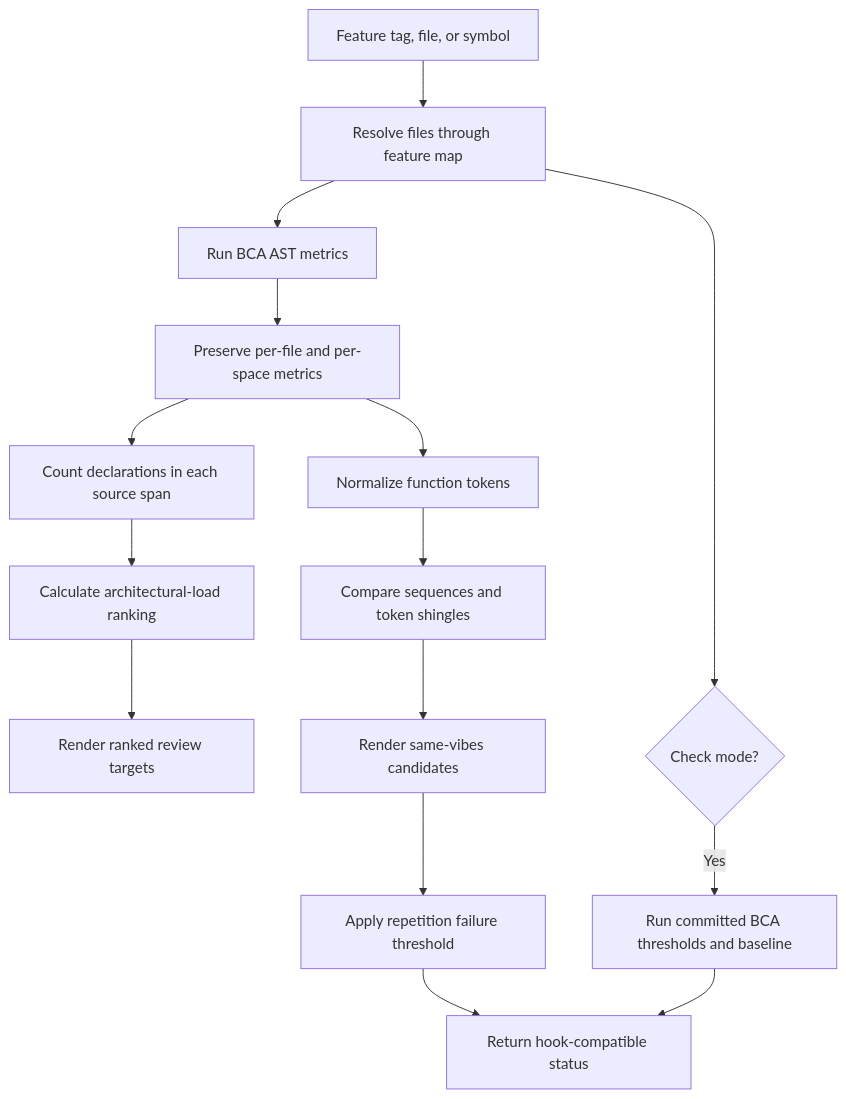
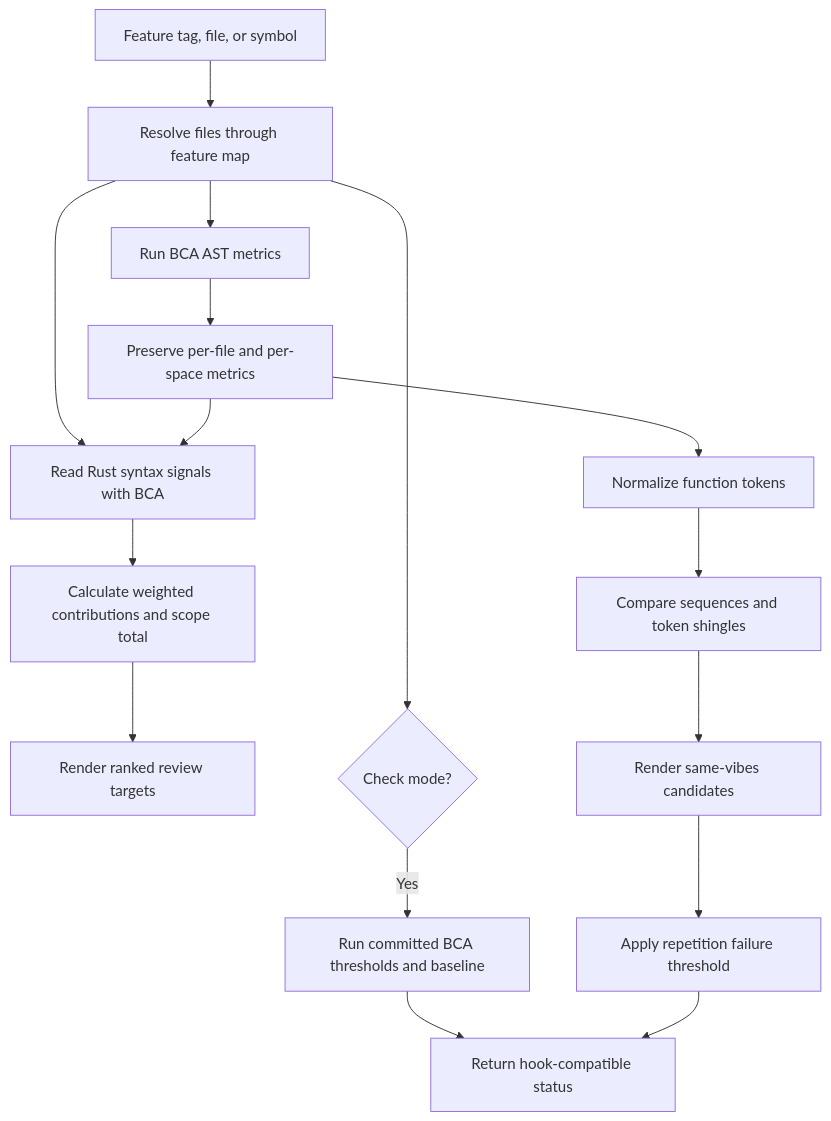
Before and after one commit to warrenronsiek/nexus: the diagram in docs/features/complexity-analysis.md, drawn with Mermaid. The commit also changed other lines of this file and 12 other files, not shown here.

````diff
--- a/docs/features/complexity-analysis.md
+++ b/docs/features/complexity-analysis.md
@@ -19,17 +19,18 @@
 ```mermaid
 flowchart TD
     A[Feature tag, file, or symbol] --> B[Resolve files through feature map]
     B --> C[Run BCA AST metrics]
     C --> D[Preserve per-file and per-space metrics]
-    D --> E[Count declarations in each source span]
+    B --> E[Read Rust syntax signals with BCA]
+    D --> E
     D --> F[Normalize function tokens]
-    E --> G[Calculate architectural-load ranking]
+    E --> G[Calculate weighted contributions and scope total]
     F --> H[Compare sequences and token shingles]
     G --> I[Render ranked review targets]
     H --> J[Render same-vibes candidates]
     B --> K{Check mode?}
     K -->|Yes| L[Run committed BCA thresholds and baseline]
     J --> M[Apply repetition failure threshold]
     L --> N[Return hook-compatible status]
     M --> N
 ```
````
